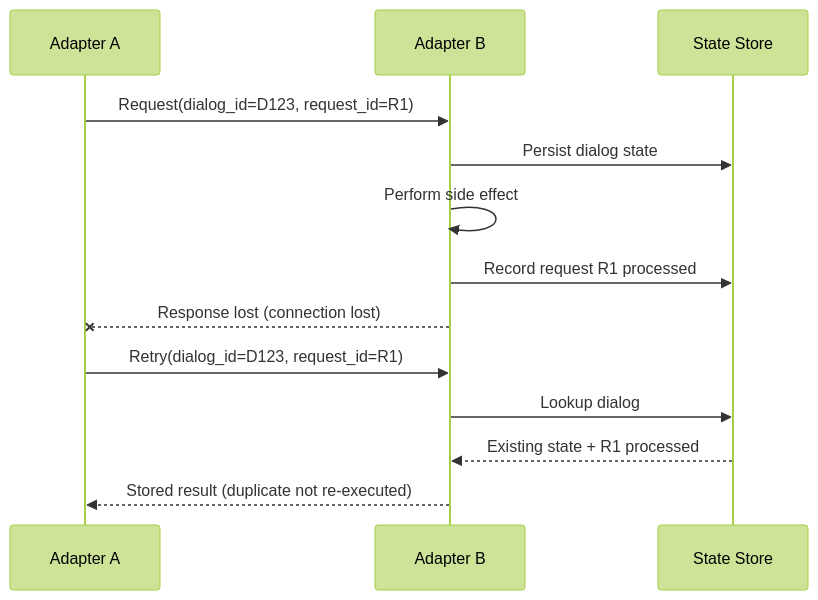
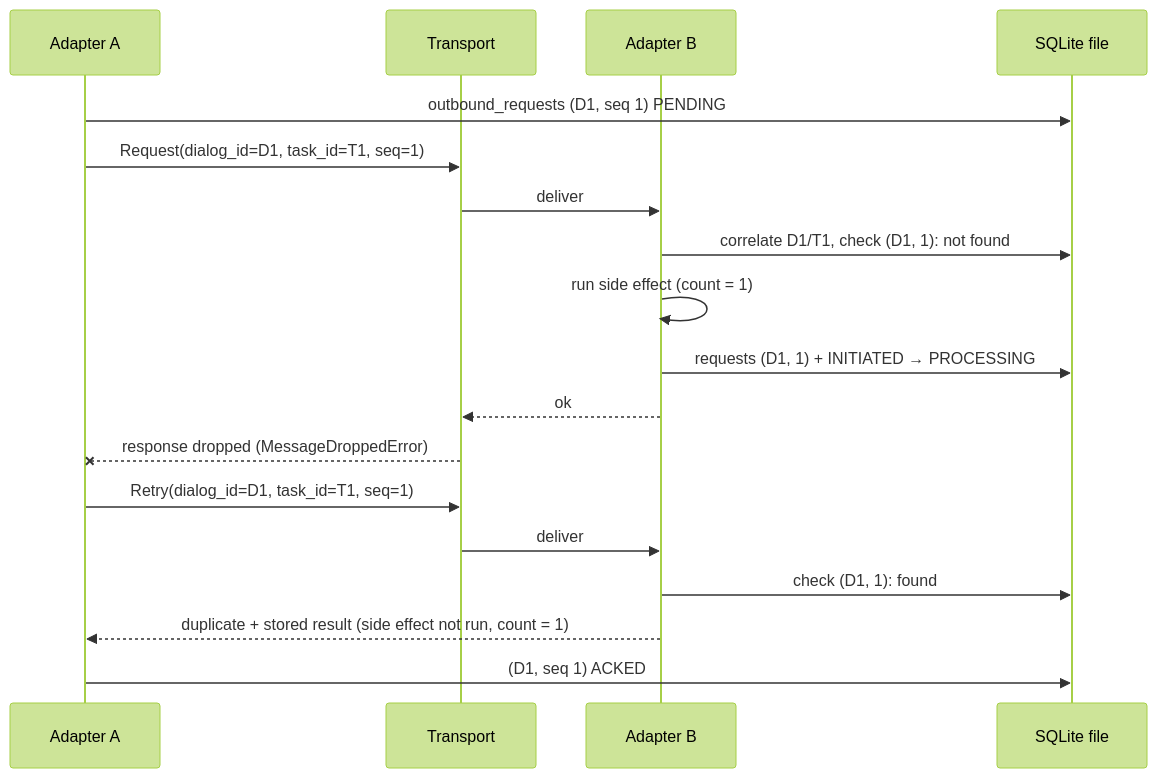
The third of 4 diagrams in README.md (anuragyy403/A3-PS021-TC405), drawn with Mermaid (forest theme) before and after one commit. The commit also changed other lines of this file and 12 other files, not shown here.

Commit message:
docs: Phase 4 — align README/KIRO with implementation, add experimental schema

````diff
--- a/README.md
+++ b/README.md
@@ -542,16 +568,21 @@
 ```mermaid
 sequenceDiagram
     participant A as Adapter A
+    participant T as Transport
     participant B as Adapter B
-    participant S as State Store
+    participant S as SQLite file
 
-    A->>B: Request(dialog_id=D123, request_id=R1)
-    B->>S: Persist dialog state
-    B->>B: Perform side effect
-    B->>S: Record request R1 processed
-    B--xA: Response lost (connection lost)
-    A->>B: Retry(dialog_id=D123, request_id=R1)
-    B->>S: Lookup dialog
-    S-->>B: Existing state + R1 processed
-    B-->>A: Stored result (duplicate not re-executed)
+    A->>S: outbound_requests (D1, seq 1) PENDING
+    A->>T: Request(dialog_id=D1, task_id=T1, seq=1)
+    T->>B: deliver
+    B->>S: correlate D1/T1, check (D1, 1): not found
+    B->>B: run side effect (count = 1)
+    B->>S: requests (D1, 1) + INITIATED → PROCESSING
+    B-->>T: ok
+    T--xA: response dropped (MessageDroppedError)
+    A->>T: Retry(dialog_id=D1, task_id=T1, seq=1)
+    T->>B: deliver
+    B->>S: check (D1, 1): found
+    B-->>A: duplicate + stored result (side effect not run, count = 1)
+    A->>S: (D1, seq 1) ACKED
 ```
````
